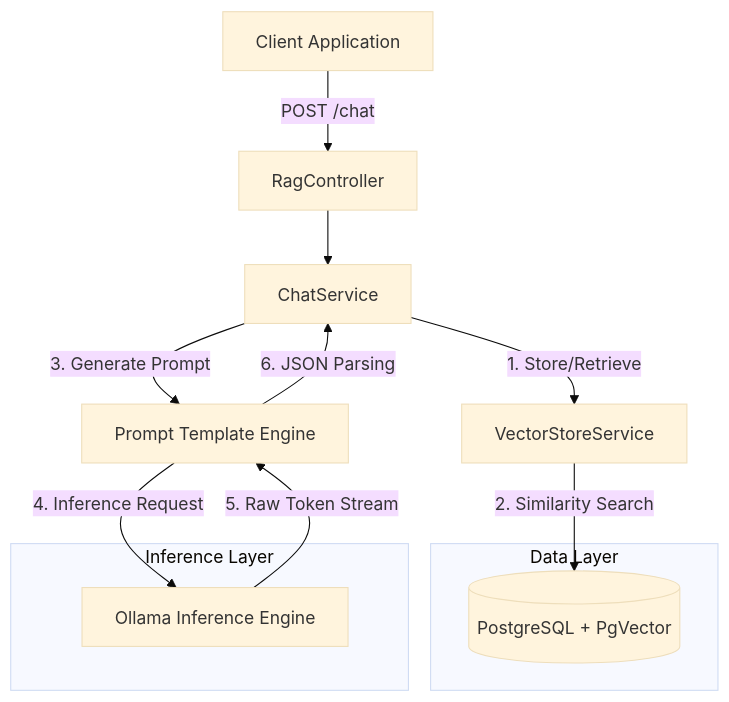
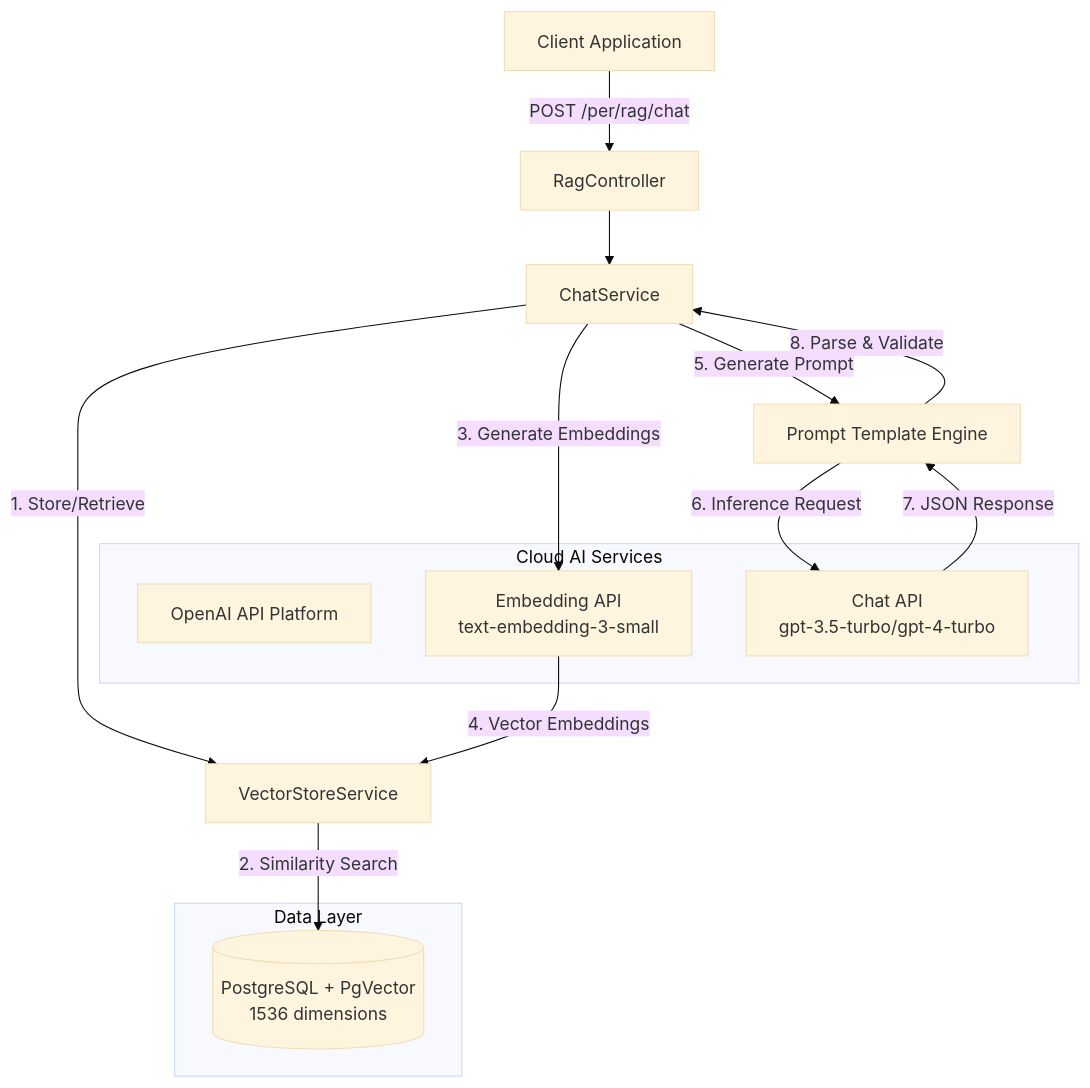
The diagram in document/rag/README_en.md (NguyenMinh1301/Per), drawn with Mermaid (base theme) before and after one commit. The commit also changed other lines of this file and 2 other files, not shown here.

Commit message:
docs(rag): update technical documentation for openai architecture

````diff
--- a/document/rag/README_en.md
+++ b/document/rag/README_en.md
@@ -35,20 +36,24 @@
 ```mermaid
 graph TD
-    Client[Client Application] -->|POST /chat| Controller[RagController]
+    Client[Client Application] -->|POST /per/rag/chat| Controller[RagController]
     Controller --> Service[ChatService]
     
     subgraph Data Layer
-        DB[(PostgreSQL + PgVector)]
+        DB[(PostgreSQL + PgVector<br/>1536 dimensions)]
     end
     
-    subgraph Inference Layer
-        Ollama[Ollama Inference Engine]
+    subgraph Cloud AI Services
+        OpenAI[OpenAI API Platform]
+        EmbedAPI[Embedding API<br/>text-embedding-3-small]
+        ChatAPI[Chat API<br/>gpt-3.5-turbo/gpt-4-turbo]
     end
     
     Service -->|1. Store/Retrieve| VectorService[VectorStoreService]
     VectorService -->|2. Similarity Search| DB
-    Service -->|3. Generate Prompt| PromptTemplate[Prompt Template Engine]
-    PromptTemplate -->|4. Inference Request| Ollama
-    Ollama -->|5. Raw Token Stream| PromptTemplate
-    PromptTemplate -->|6. JSON Parsing| Service
+    Service -->|3. Generate Embeddings| EmbedAPI
+    EmbedAPI -->|4. Vector Embeddings| VectorService
+    Service -->|5. Generate Prompt| PromptTemplate[Prompt Template Engine]
+    PromptTemplate -->|6. Inference Request| ChatAPI
+    ChatAPI -->|7. JSON Response| PromptTemplate
+    PromptTemplate -->|8. Parse & Validate| Service
 ```
````
